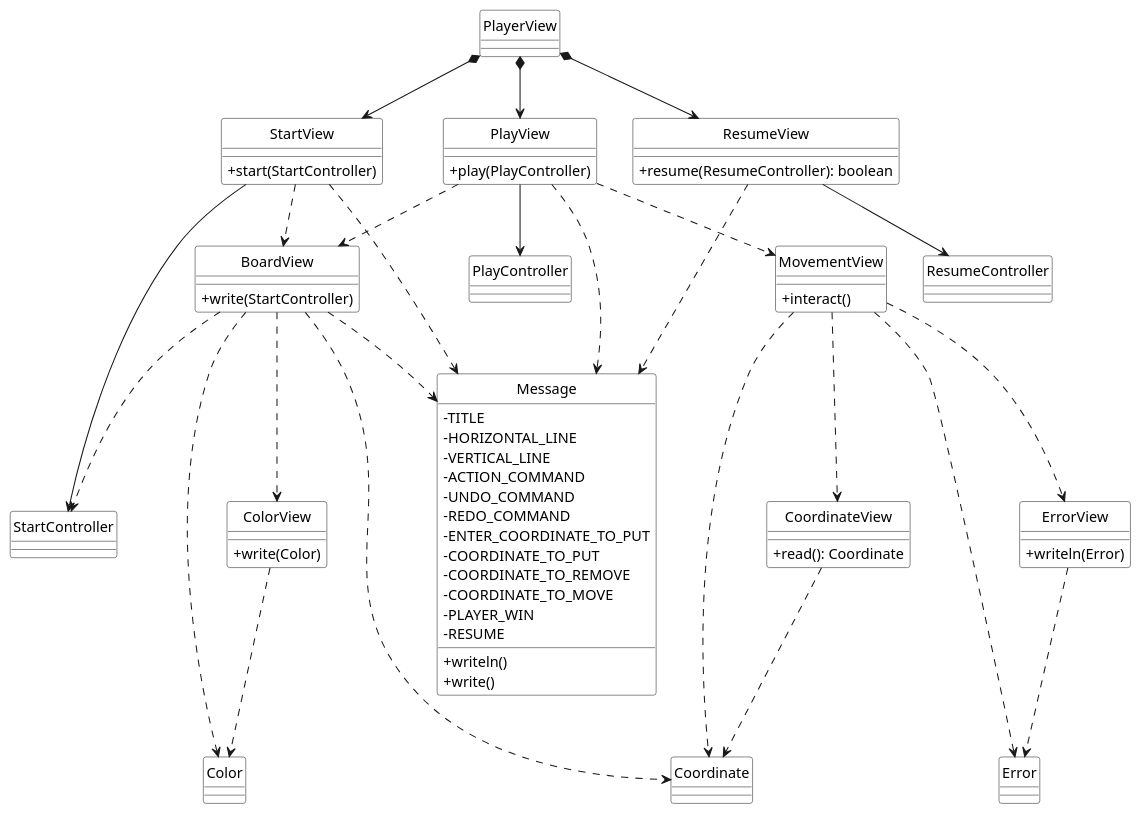
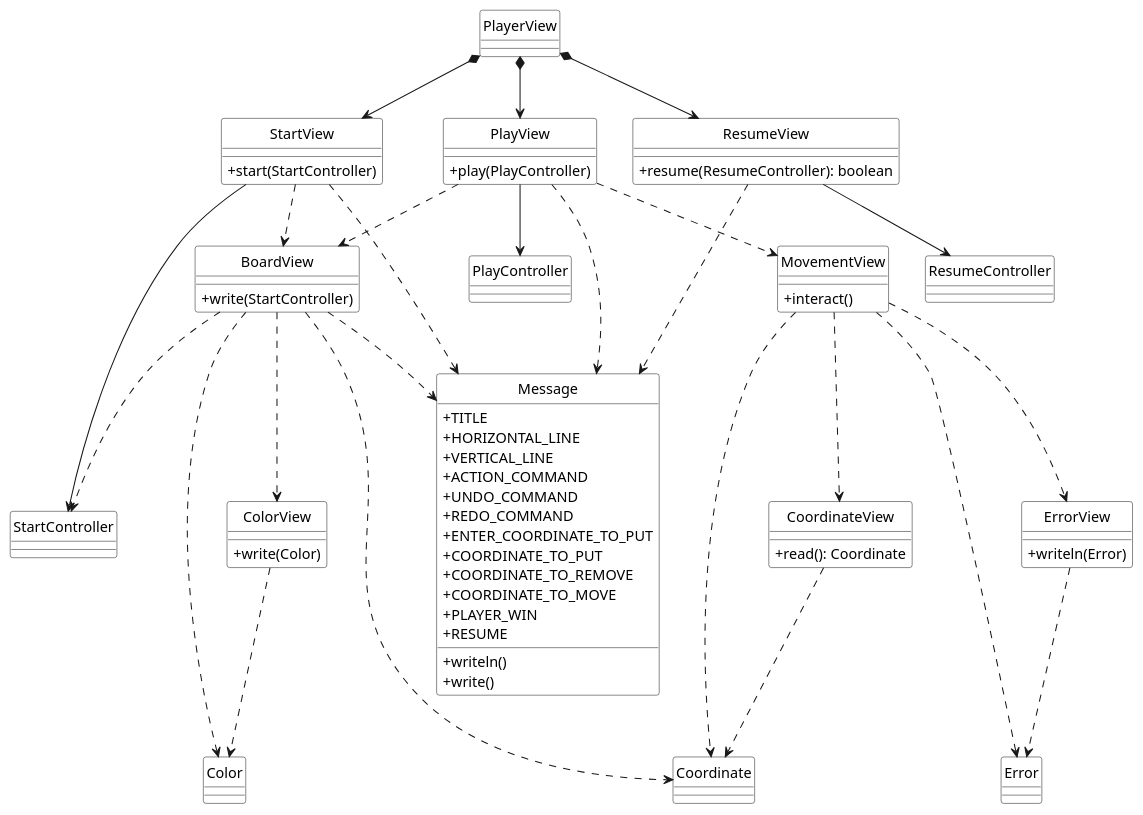
Before and after one commit to mpaulaherrero/IS-022023: the diagram in docs/diagrams/tictactoe/logicalView/analisysView/classAnalisys/viewsClassDiagram.plantuml, drawn with PlantUML. The commit also changed 2 other files, not shown here.

Commit message:
class diagrams

```diff
--- a/docs/diagrams/tictactoe/logicalView/analisysView/classAnalisys/viewsClassDiagram.plantuml
+++ b/docs/diagrams/tictactoe/logicalView/analisysView/classAnalisys/viewsClassDiagram.plantuml
@@ -1,90 +1,90 @@
 @startuml viewsClassDiagram
 skinparam ClassBackgroundColor white
 skinparam classAttributeIconSize 0
 hide circle
 
-class Coordinate as "Coordinate"
-enum Error as "Error"
-enum Color as "Color"
-class StartController as "StartController"
-class PlayController as "PlayController"
-class ResumeController as "ResumeController"
+class Coordinate
+enum Error
+enum Color
+class StartController
+class PlayController
+class ResumeController
 
 class  BoardView{
     + write(StartController)
 }
 
 class  ErrorView{
     + writeln(Error)
 }
 
 class  PlayView{
     + play(PlayController)
 }
 
 class  ResumeView{
     + resume(ResumeController): boolean
 }
 
 class StartView{
     + start(StartController)
 }
 
 class  MovementView{
     + interact()
 }
 
 class  ColorView{
     + write(Color)
 }
 
 enum  Message{
-    - TITLE
-    - HORIZONTAL_LINE
-    - VERTICAL_LINE
-    - ACTION_COMMAND
-    - UNDO_COMMAND
-    - REDO_COMMAND
-    - ENTER_COORDINATE_TO_PUT
-    - COORDINATE_TO_PUT
-    - COORDINATE_TO_REMOVE
-    - COORDINATE_TO_MOVE
-    - PLAYER_WIN
-    - RESUME
+    + TITLE
+    + HORIZONTAL_LINE
+    + VERTICAL_LINE
+    + ACTION_COMMAND
+    + UNDO_COMMAND
+    + REDO_COMMAND
+    + ENTER_COORDINATE_TO_PUT
+    + COORDINATE_TO_PUT
+    + COORDINATE_TO_REMOVE
+    + COORDINATE_TO_MOVE
+    + PLAYER_WIN
+    + RESUME
     + writeln()
     + write()
 }
 
 class  PlayerView{
     
 }
 
 class  CoordinateView{
     + read(): Coordinate
 }
 
 PlayerView *-down-> StartView
 PlayerView *-down-> PlayView
 PlayerView *-down-> ResumeView
 StartView ..> Message
 StartView ..> BoardView
 StartView -down-> StartController
 BoardView ..> ColorView
 BoardView ..> Message
 PlayView ..> Message
 PlayView ..> BoardView
 PlayView ..> MovementView
 MovementView ..> ErrorView
 ResumeView ..> Message
 ResumeView -down-> ResumeController
 BoardView .down.> Coordinate
 MovementView .down.> Coordinate
 BoardView .down.> StartController
 BoardView .down.> Color
 MovementView .down.> Error
 ErrorView .down.> Error
 PlayView -down-> PlayController
 ColorView .down.> Color
 CoordinateView .down.> Coordinate
 MovementView ..> CoordinateView
 @enduml
```
